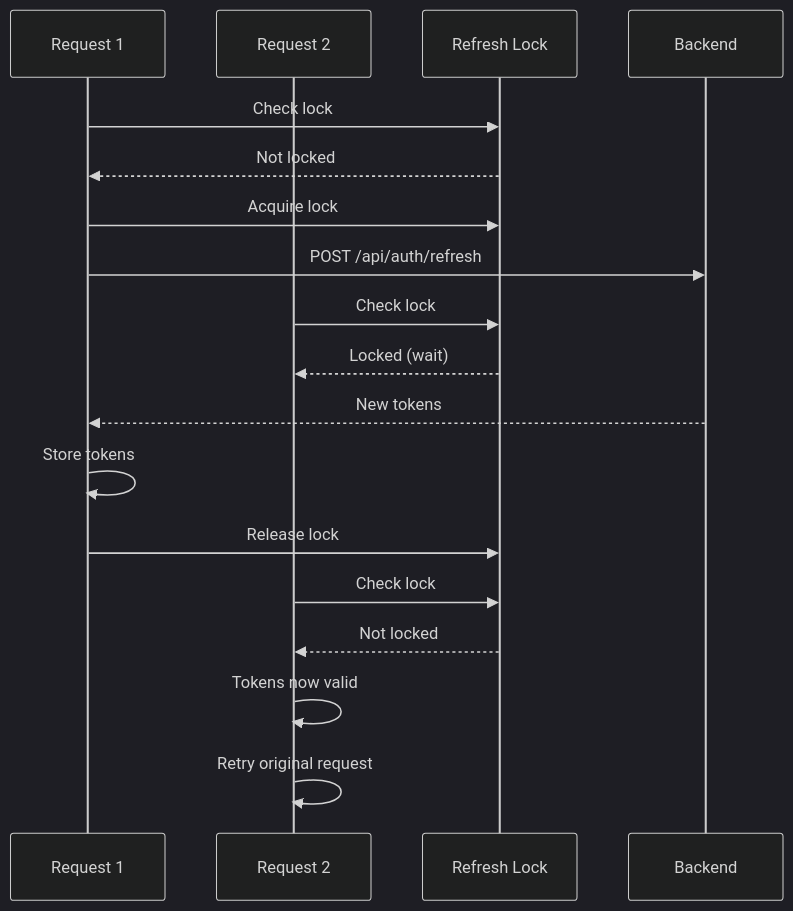
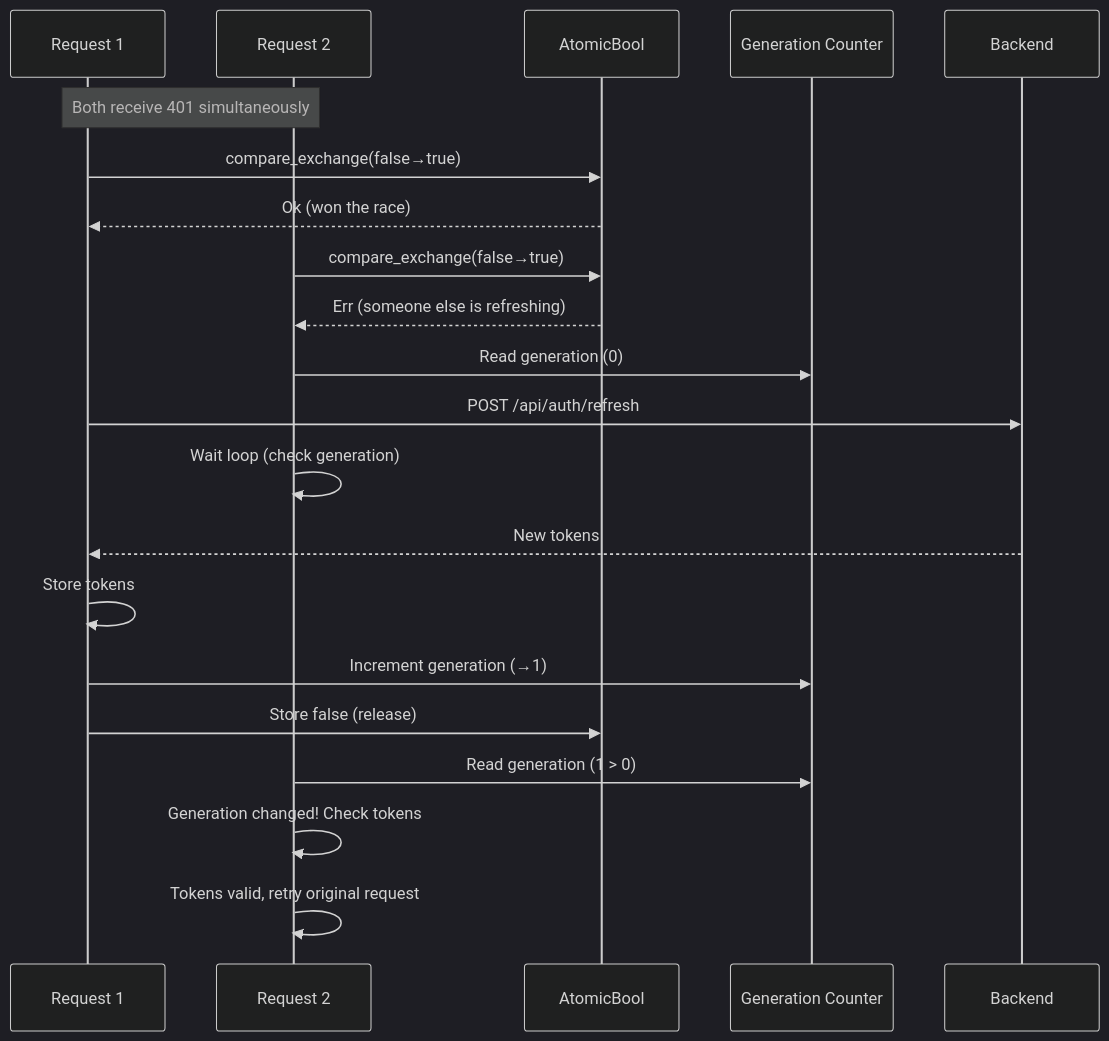
The tenth of 10 diagrams in specs/architecture/05-authentication-flow.md (neosam/haushalt), drawn with Mermaid (dark theme) before and after one commit. The commit also changed other lines of this file and 1 other file, not shown here.

First line of the commit message:
Fix refresh token race condition with atomic compare_exchange

````diff
--- a/specs/architecture/05-authentication-flow.md
+++ b/specs/architecture/05-authentication-flow.md
@@ -229,21 +259,24 @@
 ```mermaid
 sequenceDiagram
     participant R1 as Request 1
     participant R2 as Request 2
-    participant Lock as Refresh Lock
+    participant Lock as AtomicBool
+    participant Gen as Generation Counter
     participant BE as Backend
 
-    R1->>Lock: Check lock
-    Lock-->>R1: Not locked
-    R1->>Lock: Acquire lock
+    Note over R1,R2: Both receive 401 simultaneously
+    R1->>Lock: compare_exchange(false→true)
+    Lock-->>R1: Ok (won the race)
+    R2->>Lock: compare_exchange(false→true)
+    Lock-->>R2: Err (someone else is refreshing)
+    R2->>Gen: Read generation (0)
     R1->>BE: POST /api/auth/refresh
-    R2->>Lock: Check lock
-    Lock-->>R2: Locked (wait)
+    R2->>R2: Wait loop (check generation)
     BE-->>R1: New tokens
     R1->>R1: Store tokens
-    R1->>Lock: Release lock
-    R2->>Lock: Check lock
-    Lock-->>R2: Not locked
-    R2->>R2: Tokens now valid
-    R2->>R2: Retry original request
+    R1->>Gen: Increment generation (→1)
+    R1->>Lock: Store false (release)
+    R2->>Gen: Read generation (1 > 0)
+    R2->>R2: Generation changed! Check tokens
+    R2->>R2: Tokens valid, retry original request
 ```
````
